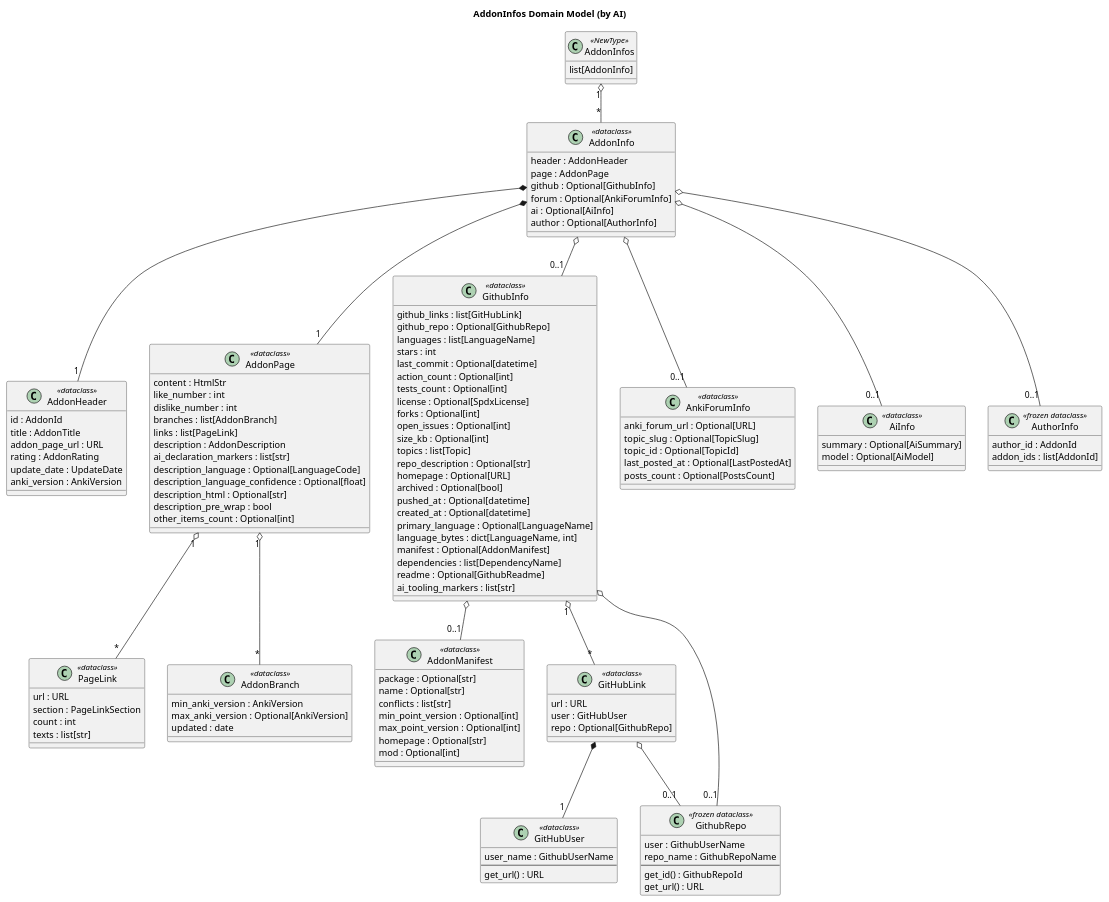
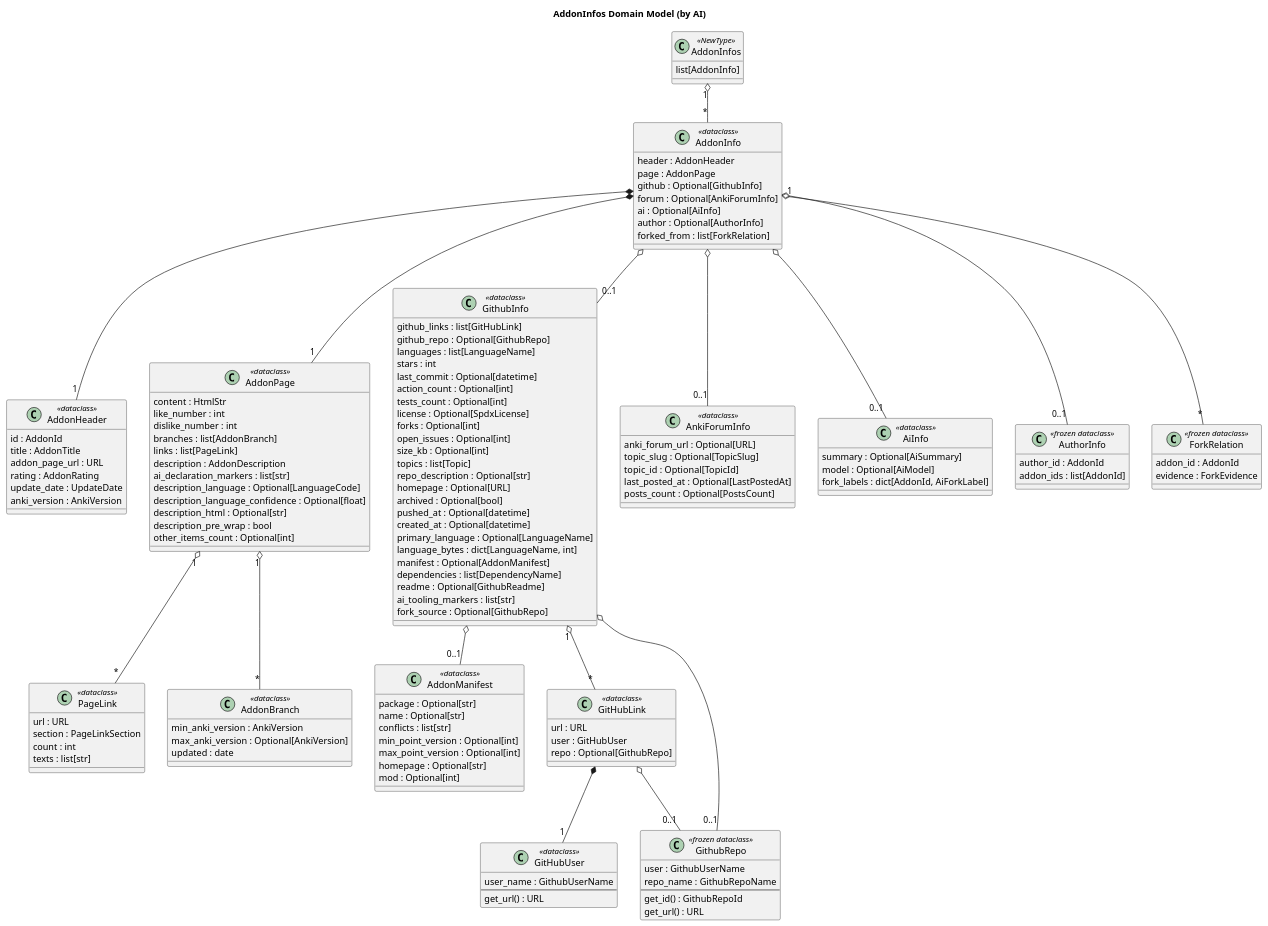
One commit to Aleks-Ya/anki-addons-dataset changed the diagram in doc/uml/ai/class-addon-infos.puml. Above: the diagram before and after it, drawn with PlantUML. The commit also changed 25 other files, not shown here.

```diff
--- a/doc/uml/ai/class-addon-infos.puml
+++ b/doc/uml/ai/class-addon-infos.puml
@@ -1,150 +1,159 @@
 @startuml
 
 title AddonInfos Domain Model (by AI)
 
 skinparam packageStyle rectangle
 
 class AddonInfos <<NewType>> {
   list[AddonInfo]
 }
 
 class AddonInfo <<dataclass>> {
   header : AddonHeader
   page : AddonPage
   github : Optional[GithubInfo]
   forum : Optional[AnkiForumInfo]
   ai : Optional[AiInfo]
   author : Optional[AuthorInfo]
+  forked_from : list[ForkRelation]
 }
 
 class AddonHeader <<dataclass>> {
   id : AddonId
   title : AddonTitle
   addon_page_url : URL
   rating : AddonRating
   update_date : UpdateDate
   anki_version : AnkiVersion
 }
 
 class AddonPage <<dataclass>> {
   content : HtmlStr
   like_number : int
   dislike_number : int
   branches : list[AddonBranch]
   links : list[PageLink]
   description : AddonDescription
   ai_declaration_markers : list[str]
   description_language : Optional[LanguageCode]
   description_language_confidence : Optional[float]
   description_html : Optional[str]
   description_pre_wrap : bool
   other_items_count : Optional[int]
 }
 
 class PageLink <<dataclass>> {
   url : URL
   section : PageLinkSection
   count : int
   texts : list[str]
 }
 
 class AddonBranch <<dataclass>> {
   min_anki_version : AnkiVersion
   max_anki_version : Optional[AnkiVersion]
   updated : date
 }
 
 class GithubInfo <<dataclass>> {
   github_links : list[GitHubLink]
   github_repo : Optional[GithubRepo]
   languages : list[LanguageName]
   stars : int
   last_commit : Optional[datetime]
   action_count : Optional[int]
   tests_count : Optional[int]
   license : Optional[SpdxLicense]
   forks : Optional[int]
   open_issues : Optional[int]
   size_kb : Optional[int]
   topics : list[Topic]
   repo_description : Optional[str]
   homepage : Optional[URL]
   archived : Optional[bool]
   pushed_at : Optional[datetime]
   created_at : Optional[datetime]
   primary_language : Optional[LanguageName]
   language_bytes : dict[LanguageName, int]
   manifest : Optional[AddonManifest]
   dependencies : list[DependencyName]
   readme : Optional[GithubReadme]
   ai_tooling_markers : list[str]
+  fork_source : Optional[GithubRepo]
 }
 
 class AddonManifest <<dataclass>> {
   package : Optional[str]
   name : Optional[str]
   conflicts : list[str]
   min_point_version : Optional[int]
   max_point_version : Optional[int]
   homepage : Optional[str]
   mod : Optional[int]
 }
 
 class GitHubLink <<dataclass>> {
   url : URL
   user : GitHubUser
   repo : Optional[GithubRepo]
 }
 
 class GitHubUser <<dataclass>> {
   user_name : GithubUserName
   --
   get_url() : URL
 }
 
 class GithubRepo <<frozen dataclass>> {
   user : GithubUserName
   repo_name : GithubRepoName
   --
   get_id() : GithubRepoId
   get_url() : URL
 }
 
 class AnkiForumInfo <<dataclass>> {
   anki_forum_url : Optional[URL]
   topic_slug : Optional[TopicSlug]
   topic_id : Optional[TopicId]
   last_posted_at : Optional[LastPostedAt]
   posts_count : Optional[PostsCount]
 }
 
 class AiInfo <<dataclass>> {
   summary : Optional[AiSummary]
   model : Optional[AiModel]
+  fork_labels : dict[AddonId, AiForkLabel]
 }
 
 class AuthorInfo <<frozen dataclass>> {
   author_id : AddonId
   addon_ids : list[AddonId]
+}
+
+class ForkRelation <<frozen dataclass>> {
+  addon_id : AddonId
+  evidence : ForkEvidence
 }
 
 AddonInfos "1" o-- "*" AddonInfo
 
 AddonInfo *-- "1" AddonHeader
 AddonInfo *-- "1" AddonPage
 AddonInfo o-- "0..1" GithubInfo
 AddonInfo o-- "0..1" AnkiForumInfo
 AddonInfo o-- "0..1" AiInfo
 AddonInfo o-- "0..1" AuthorInfo
+AddonInfo "1" o-- "*" ForkRelation
 
 AddonPage "1" o-- "*" AddonBranch
 AddonPage "1" o-- "*" PageLink
 
 GithubInfo "1" o-- "*" GitHubLink
 GithubInfo o-- "0..1" GithubRepo
 GithubInfo o-- "0..1" AddonManifest
 
 GitHubLink *-- "1" GitHubUser
 GitHubLink o-- "0..1" GithubRepo
 
 @enduml
```
